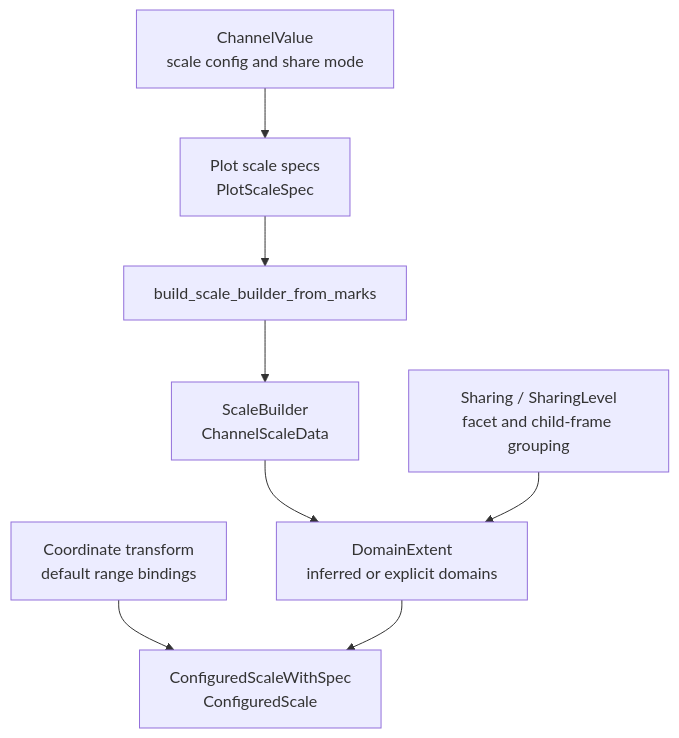
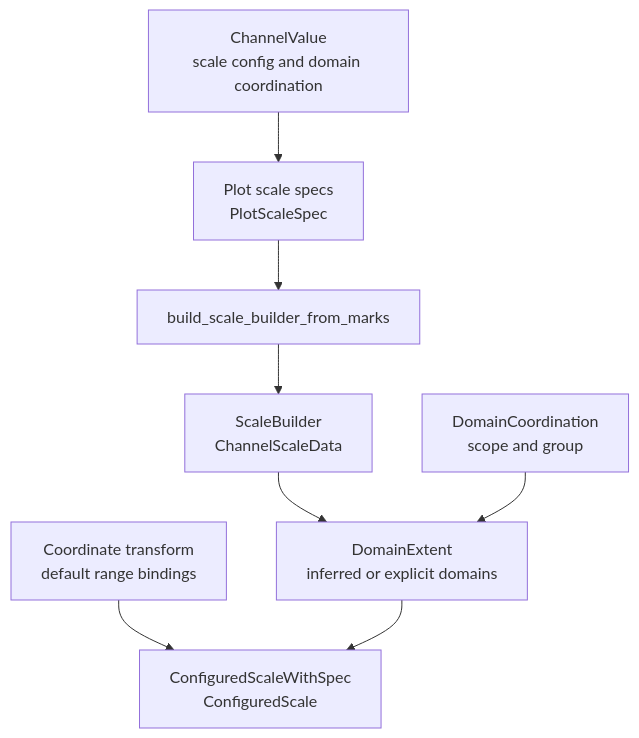
One commit to jonmmease/avenger changed the diagram in avenger-chart/docs/architecture/scales-domains-and-sharing.md. Above: the diagram before and after it, drawn with Mermaid. The commit also changed other lines of this file and 13 other files, not shown here.

Commit message:
stage 12: update repeat architecture docs

````diff
--- a/avenger-chart/docs/architecture/scales-domains-and-sharing.md
+++ b/avenger-chart/docs/architecture/scales-domains-and-sharing.md
@@ -9,19 +9,19 @@
 ```mermaid
 flowchart TD
-    Channel["ChannelValue\nscale config and share mode"]
+    Channel["ChannelValue\nscale config and domain coordination"]
     PlotSpecs["Plot scale specs\nPlotScaleSpec"]
     Builder["build_scale_builder_from_marks"]
     Cache["ScaleBuilder\nChannelScaleData"]
     Domains["DomainExtent\ninferred or explicit domains"]
     Coord["Coordinate transform\ndefault range bindings"]
     Runtime["ConfiguredScaleWithSpec\nConfiguredScale"]
-    Sharing["Sharing / SharingLevel\nfacet and child-frame grouping"]
+    Coordination["DomainCoordination\nscope and group"]
 
     Channel --> PlotSpecs
     PlotSpecs --> Builder
     Builder --> Cache
     Cache --> Domains
     Coord --> Runtime
     Domains --> Runtime
-    Sharing --> Domains
+    Coordination --> Domains
 ```
````
